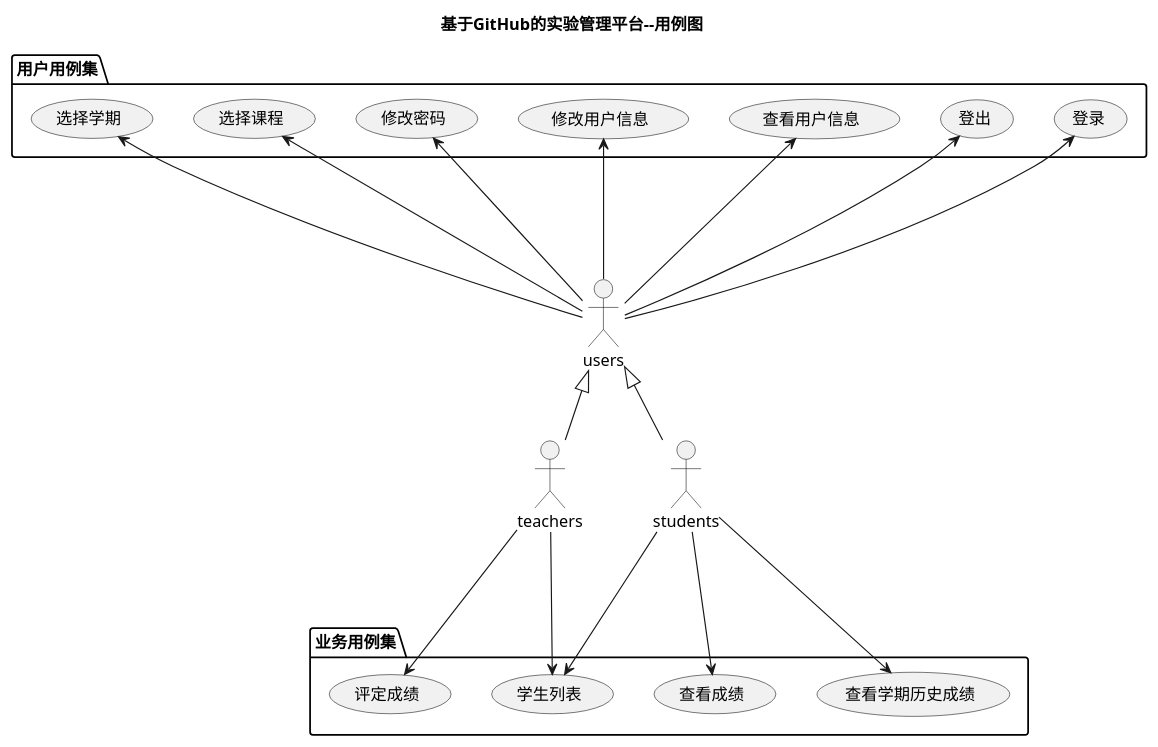
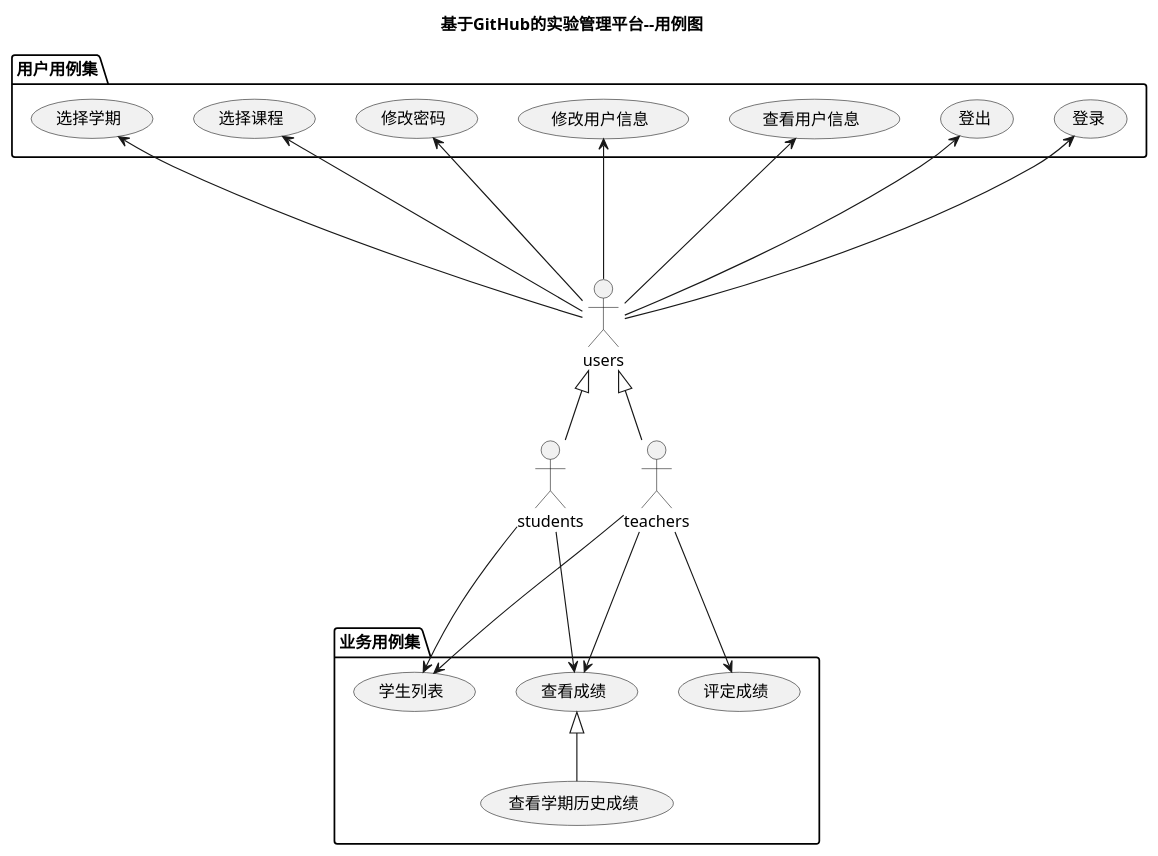
One commit to zemaochen/is_analysis changed the diagram in test6/uml/用例图设计.puml. Above: the diagram before and after it, drawn with PlantUML. The commit also changed 18 other files, not shown here.

```diff
--- a/test6/uml/用例图设计.puml
+++ b/test6/uml/用例图设计.puml
@@ -1,24 +1,26 @@
 @startuml
 title 基于GitHub的实验管理平台--用例图
 actor teachers
 actor students
 actor users
 users <|-- teachers
 users <|-- students
 package 用户用例集 {
 users --up-> (登录)
 users --up-> (登出)
 users --up-> (查看用户信息)
 users --up-> (修改用户信息)
 users --up-> (修改密码)
 users --up-> (选择课程)
 users --up-> (选择学期)
 }
+
 package 业务用例集 {
+(查看学期历史成绩)-up-|>(查看成绩)
 teachers ---> (评定成绩)
 teachers ---> (学生列表)
+teachers-->(查看成绩)
 students ---> (学生列表)
 students ---> (查看成绩)
-students ---> (查看学期历史成绩)
 }
 @enduml
```
